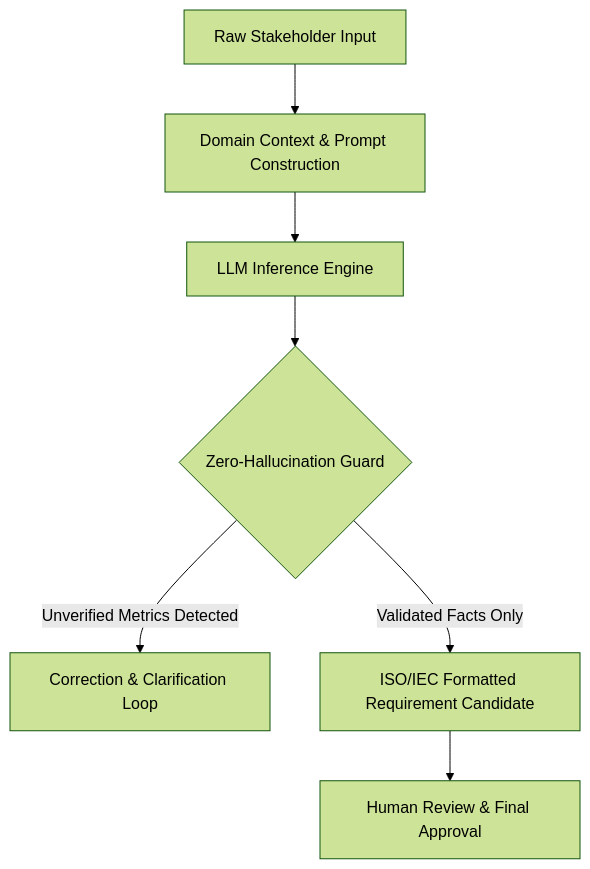
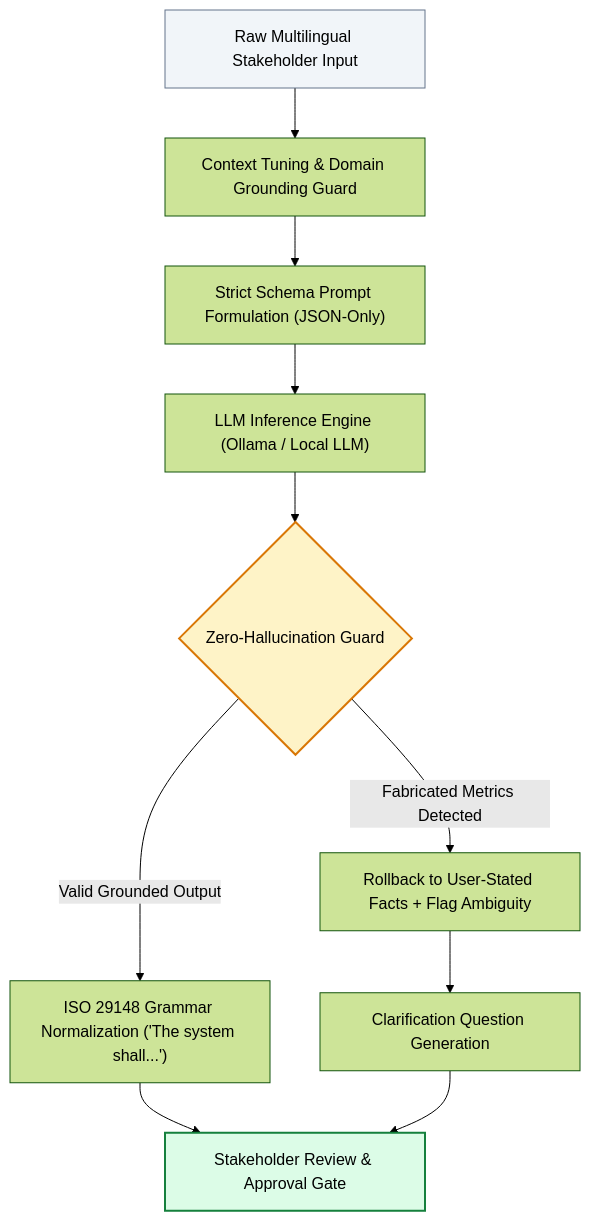
The second of 7 diagrams in PROJECT_RESEARCH_ALGORITHMS_AND_ARCHITECTURE.md (ValayaDase/Aether), drawn with Mermaid (forest theme) before and after one commit. The commit also changed other lines of this file, not shown here.

````diff
--- a/PROJECT_RESEARCH_ALGORITHMS_AND_ARCHITECTURE.md
+++ b/PROJECT_RESEARCH_ALGORITHMS_AND_ARCHITECTURE.md
@@ -37,9 +70,16 @@
 ```mermaid
-graph TD
-    A[Raw Stakeholder Input] --> B[Domain Context & Prompt Construction]
-    B --> C[LLM Inference Engine]
-    C --> D{Zero-Hallucination Guard}
-    D -- Unverified Metrics Detected --> E[Correction & Clarification Loop]
-    D -- Validated Facts Only --> F[ISO/IEC Formatted Requirement Candidate]
-    F --> G[Human Review & Final Approval]
+flowchart TD
+    A["Raw Multilingual Stakeholder Input"] --> B["Context Tuning & Domain Grounding Guard"]
+    B --> C["Strict Schema Prompt Formulation (JSON-Only)"]
+    C --> D["LLM Inference Engine (Ollama / Local LLM)"]
+    D --> E{"Zero-Hallucination Guard"}
+    E -- "Fabricated Metrics Detected" --> F["Rollback to User-Stated Facts + Flag Ambiguity"]
+    E -- "Valid Grounded Output" --> G["ISO 29148 Grammar Normalization ('The system shall...')"]
+    F --> H["Clarification Question Generation"]
+    G --> I["Stakeholder Review & Approval Gate"]
+    H --> I
+
+    style A fill:#f1f5f9,stroke:#64748b,stroke-width:1px
+    style E fill:#fef3c7,stroke:#d97706,stroke-width:2px
+    style I fill:#dcfce7,stroke:#15803d,stroke-width:2px
 ```
````
